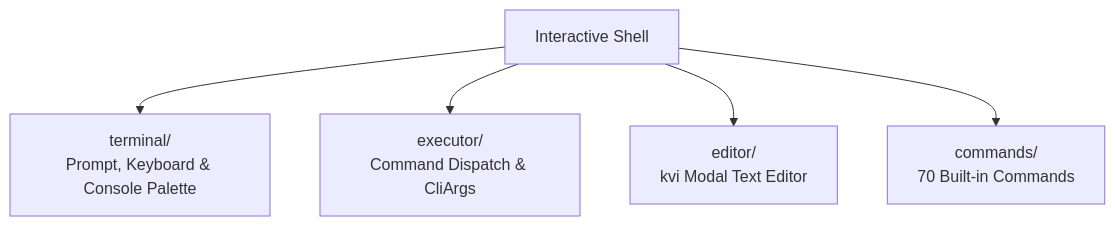
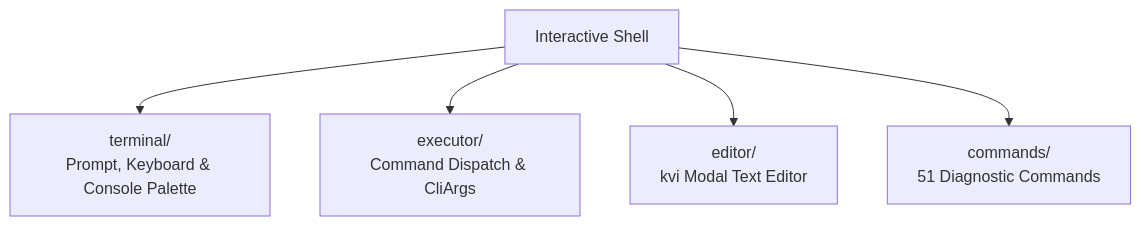
The diagram in docs/shell/README.md (mrvlous/keira), drawn with Mermaid before and after one commit. The commit also changed other lines of this file and 1 other file, not shown here.

Commit message:
docs(shell): update shell overview and command category counts

````diff
--- a/docs/shell/README.md
+++ b/docs/shell/README.md
@@ -11,7 +11,7 @@
 ```mermaid
 graph TD
     Shell["Interactive Shell"] --> Terminal["terminal/<br/>Prompt, Keyboard & Console Palette"]
     Shell --> Executor["executor/<br/>Command Dispatch & CliArgs"]
     Shell --> Editor["editor/<br/>kvi Modal Text Editor"]
-    Shell --> Cmds["commands/<br/>70 Built-in Commands"]
+    Shell --> Cmds["commands/<br/>51 Diagnostic Commands"]
 ```
````
